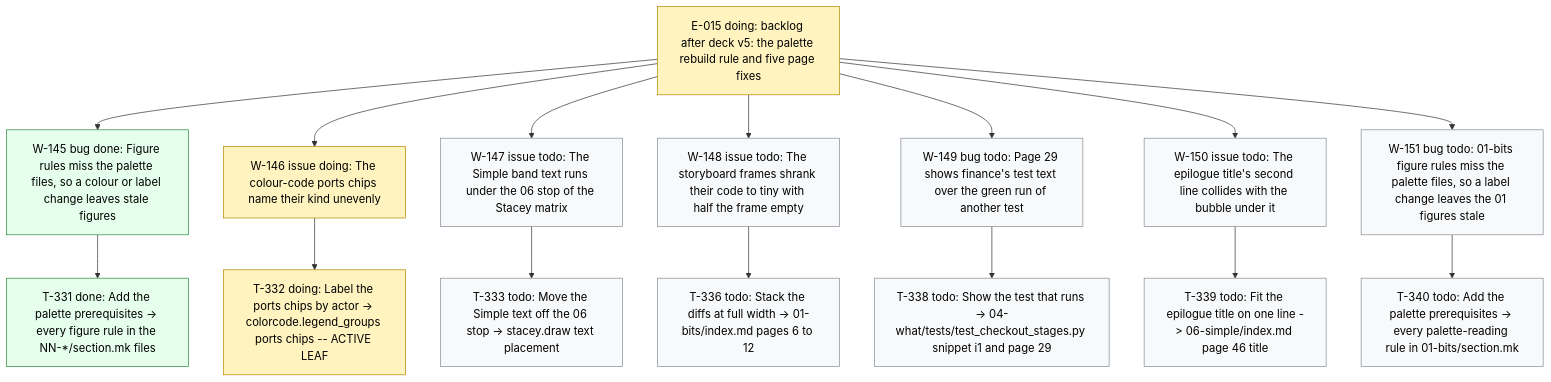
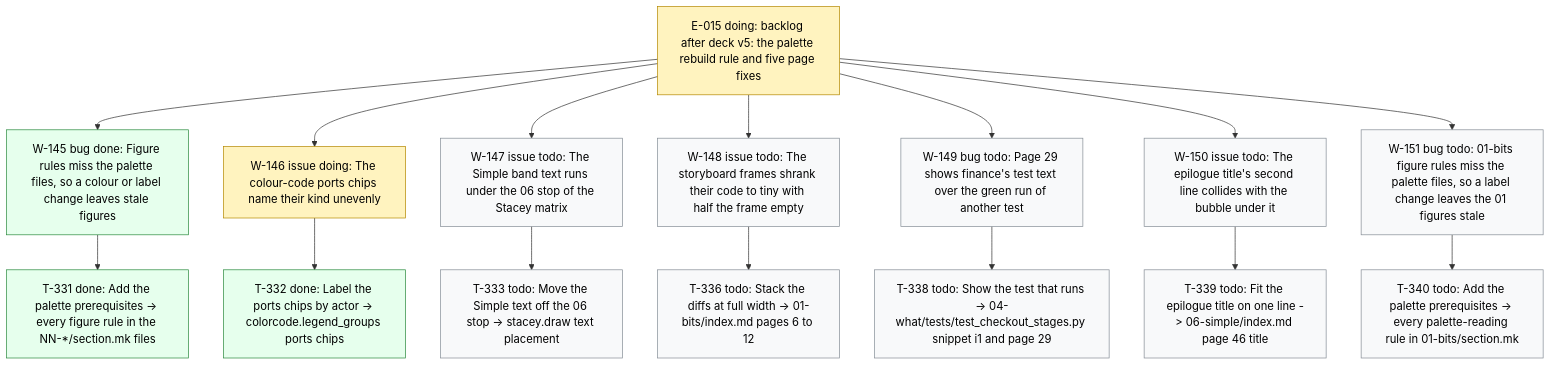
The diagram in .board/BOARD.md (dpopchev/chaos-to-simple), drawn with Mermaid before and after one commit. The commit also changed other lines of this file and 1 other file, not shown here.

Commit message:
chore(board): close T-332 -- W-146 ready to land
Refs: W-146 T-332

````diff
--- a/.board/BOARD.md
+++ b/.board/BOARD.md
@@ -860,26 +860,26 @@
 ```mermaid
 flowchart TD
   E015["E-015 doing: backlog after deck v5: the palette rebuild rule and five page fixes"]
   E015 --> W145["W-145 bug done: Figure rules miss the palette files, so a colour or label change leaves stale figures"]
   W145 --> T331["T-331 done: Add the palette prerequisites -> every figure rule in the NN-*/section.mk files"]
   E015 --> W146["W-146 issue doing: The colour-code ports chips name their kind unevenly"]
-  W146 --> T332["T-332 doing: Label the ports chips by actor -> colorcode.legend_groups ports chips -- ACTIVE LEAF"]
+  W146 --> T332["T-332 done: Label the ports chips by actor -> colorcode.legend_groups ports chips"]
   E015 --> W147["W-147 issue todo: The Simple band text runs under the 06 stop of the Stacey matrix"]
   W147 --> T333["T-333 todo: Move the Simple text off the 06 stop -> stacey.draw text placement"]
   E015 --> W148["W-148 issue todo: The storyboard frames shrank their code to tiny with half the frame empty"]
   W148 --> T336["T-336 todo: Stack the diffs at full width -> 01-bits/index.md pages 6 to 12"]
   E015 --> W149["W-149 bug todo: Page 29 shows finance's test text over the green run of another test"]
   W149 --> T338["T-338 todo: Show the test that runs -> 04-what/tests/test_checkout_stages.py snippet i1 and page 29"]
   E015 --> W150["W-150 issue todo: The epilogue title's second line collides with the bubble under it"]
   W150 --> T339["T-339 todo: Fit the epilogue title on one line -> 06-simple/index.md page 46 title"]
   E015 --> W151["W-151 bug todo: 01-bits figure rules miss the palette files, so a label change leaves the 01 figures stale"]
   W151 --> T340["T-340 todo: Add the palette prerequisites -> every palette-reading rule in 01-bits/section.mk"]
   classDef doing fill:#fff3bf,stroke:#b58900,color:#000;
   classDef blocked fill:#ffe3e3,stroke:#c92a2a,color:#000;
   classDef done fill:#e6ffed,stroke:#2b8a3e,color:#000;
   classDef todo fill:#f8f9fa,stroke:#868e96,color:#000;
   classDef pruned fill:#f1f3f5,stroke:#adb5bd,color:#000;
-  class E015,W146,T332 doing
-  class W145,T331 done
+  class E015,W146 doing
+  class W145,T331,T332 done
   class W147,T333,W148,T336,W149,T338,W150,T339,W151,T340 todo
 ```
````
